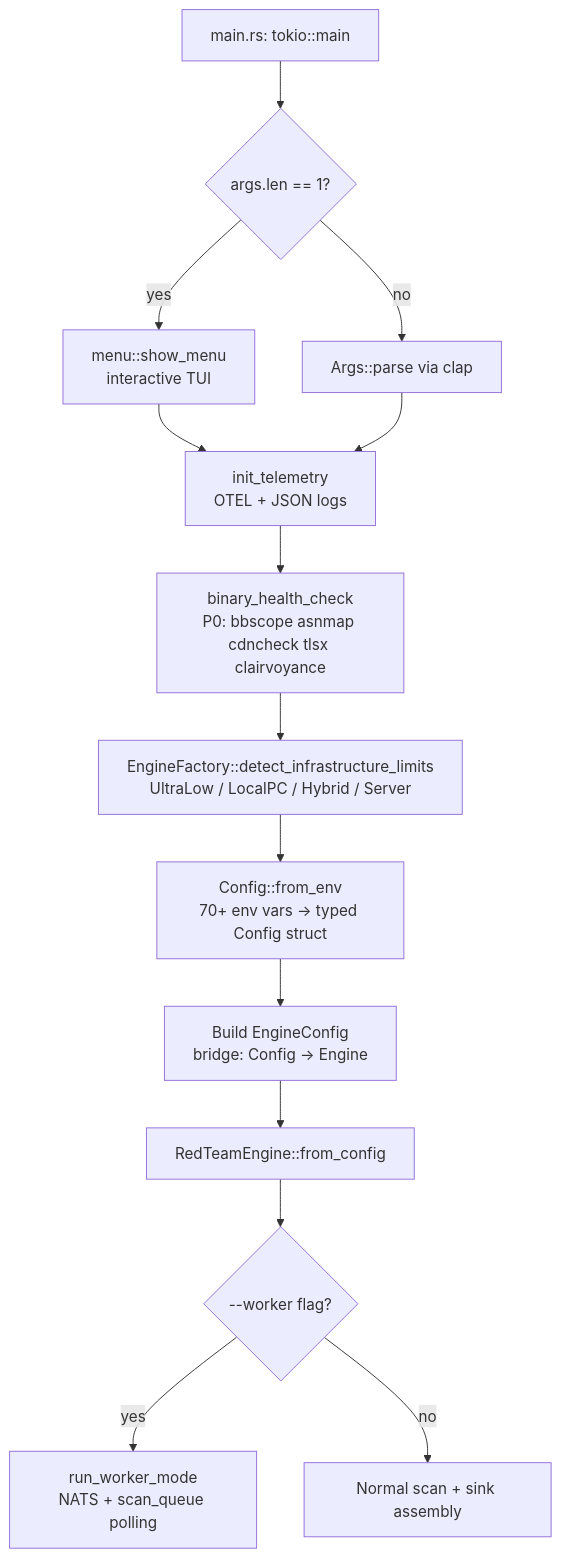
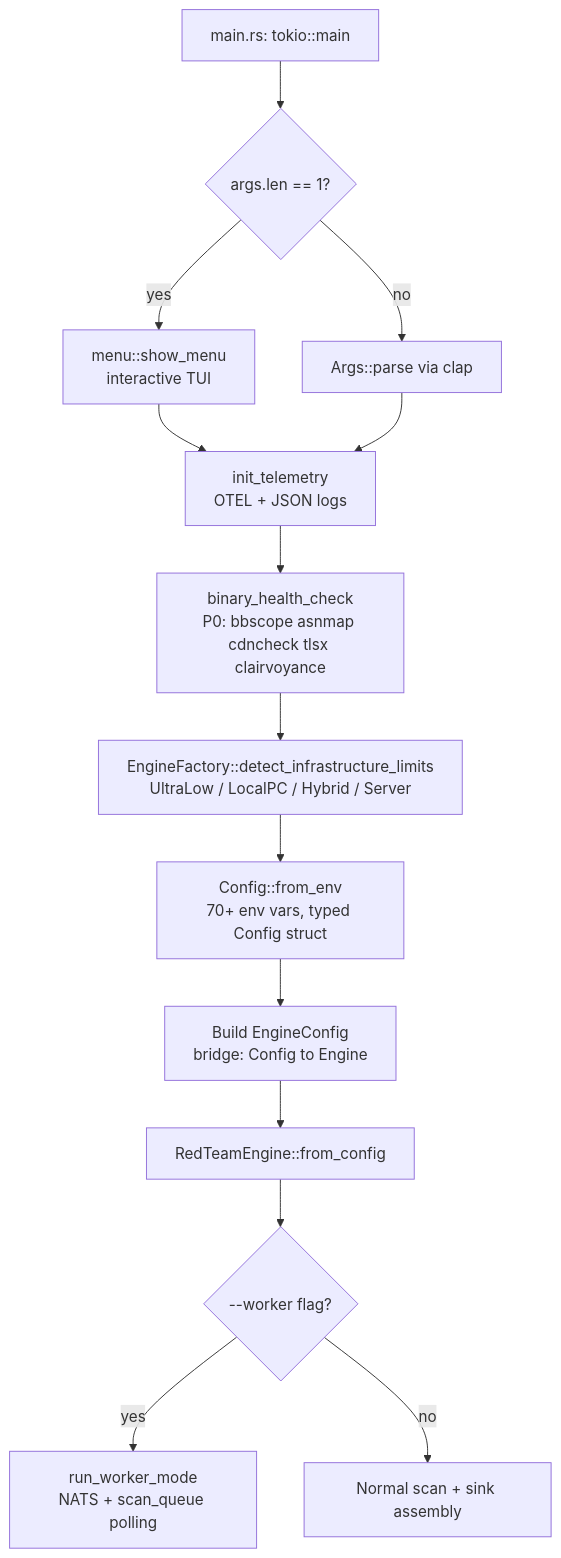
The first of 9 diagrams in redteam_rust_core/DOCS/ARCHITECTURE.md (kripiman/OsintUltimate), drawn with Mermaid before and after one commit. The commit also changed other lines of this file and 38 other files, not shown here.

````diff
--- a/redteam_rust_core/DOCS/ARCHITECTURE.md
+++ b/redteam_rust_core/DOCS/ARCHITECTURE.md
@@ -9,15 +9,15 @@
 ```mermaid
 flowchart TD
-    A[main.rs: tokio::main] --> B{args.len == 1?}
-    B -- yes --> C[menu::show_menu\ninteractive TUI]
-    B -- no --> D[Args::parse via clap]
-    C & D --> E[init_telemetry\nOTEL + JSON logs]
-    E --> F[binary_health_check\nP0: bbscope asnmap cdncheck tlsx clairvoyance]
-    F --> G[EngineFactory::detect_infrastructure_limits\nUltraLow / LocalPC / Hybrid / Server]
-    G --> H[Config::from_env\n70+ env vars → typed Config struct]
-    H --> I[Build EngineConfig\nbridge: Config → Engine]
-    I --> J[RedTeamEngine::from_config]
-    J --> K{--worker flag?}
-    K -- yes --> L[run_worker_mode\nNATS + scan_queue polling]
-    K -- no --> M[Normal scan + sink assembly]
+    A["main.rs: tokio::main"] --> B{"args.len == 1?"}
+    B -- yes --> C["menu::show_menu<br/>interactive TUI"]
+    B -- no --> D["Args::parse via clap"]
+    C & D --> E["init_telemetry<br/>OTEL + JSON logs"]
+    E --> F["binary_health_check<br/>P0: bbscope asnmap cdncheck tlsx clairvoyance"]
+    F --> G["EngineFactory::detect_infrastructure_limits<br/>UltraLow / LocalPC / Hybrid / Server"]
+    G --> H["Config::from_env<br/>70+ env vars, typed Config struct"]
+    H --> I["Build EngineConfig<br/>bridge: Config to Engine"]
+    I --> J["RedTeamEngine::from_config"]
+    J --> K{"--worker flag?"}
+    K -- yes --> L["run_worker_mode<br/>NATS + scan_queue polling"]
+    K -- no --> M["Normal scan + sink assembly"]
 ```
````
